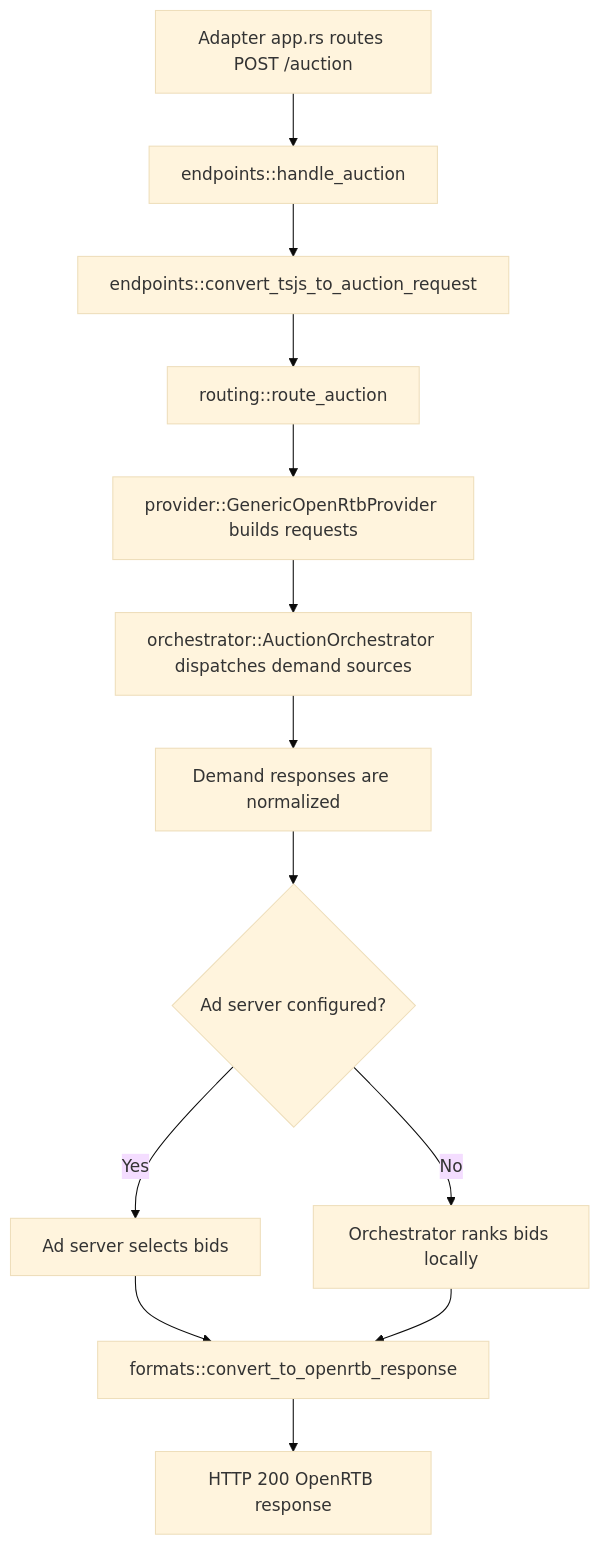
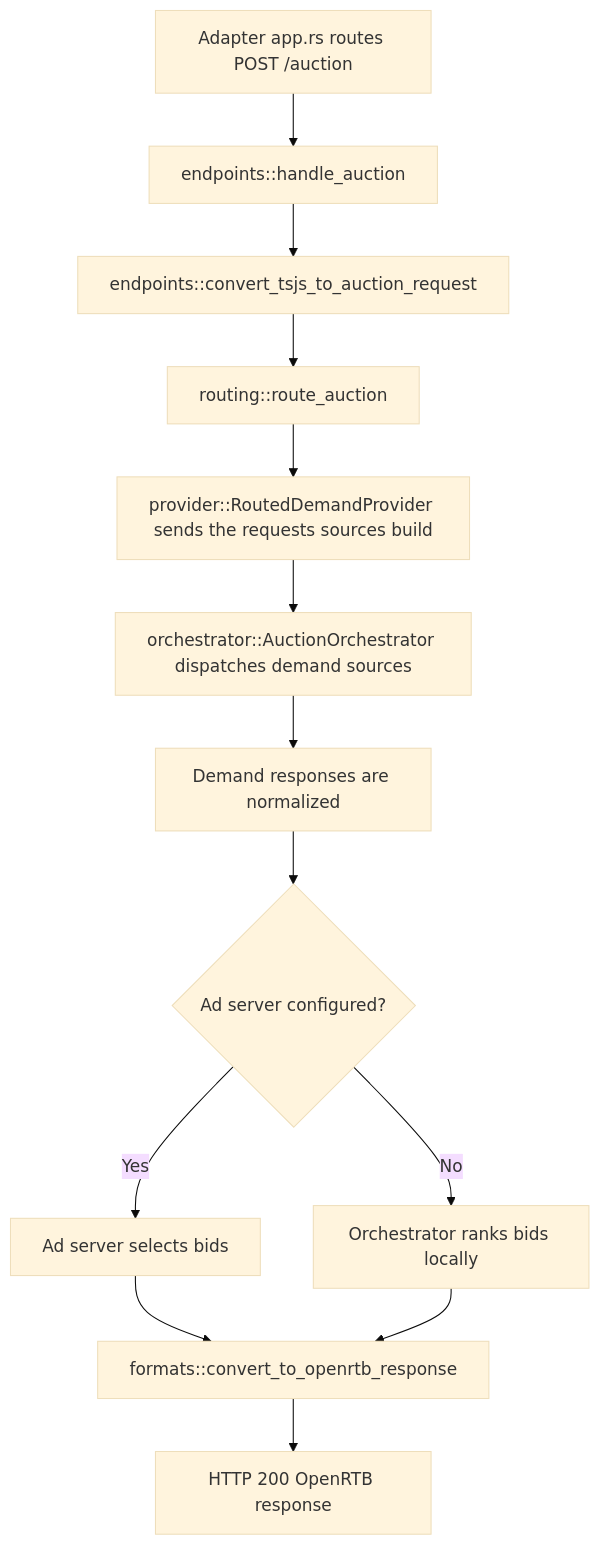
Before and after one commit to IABTechLab/trusted-server: the diagram in crates/trusted-server-core/src/auction/README.md, drawn with Mermaid (base theme). The commit also changed other lines of this file and 2 other files, not shown here.

````diff
--- a/crates/trusted-server-core/src/auction/README.md
+++ b/crates/trusted-server-core/src/auction/README.md
@@ -15,15 +15,15 @@
 ```mermaid
 flowchart TB
     A[Adapter app.rs routes POST /auction] --> B[endpoints::handle_auction]
     B --> C[endpoints::convert_tsjs_to_auction_request]
     C --> D[routing::route_auction]
-    D --> E[provider::GenericOpenRtbProvider builds requests]
+    D --> E[provider::RoutedDemandProvider sends the requests sources build]
     E --> F[orchestrator::AuctionOrchestrator dispatches demand sources]
     F --> G[Demand responses are normalized]
     G --> H{Ad server configured?}
     H -->|Yes| I[Ad server selects bids]
     H -->|No| J[Orchestrator ranks bids locally]
     I --> K[formats::convert_to_openrtb_response]
     J --> K
     K --> L[HTTP 200 OpenRTB response]
 ```
````
